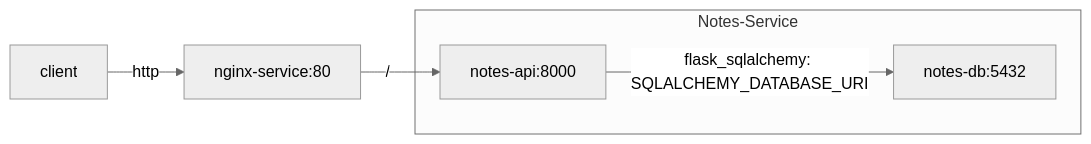
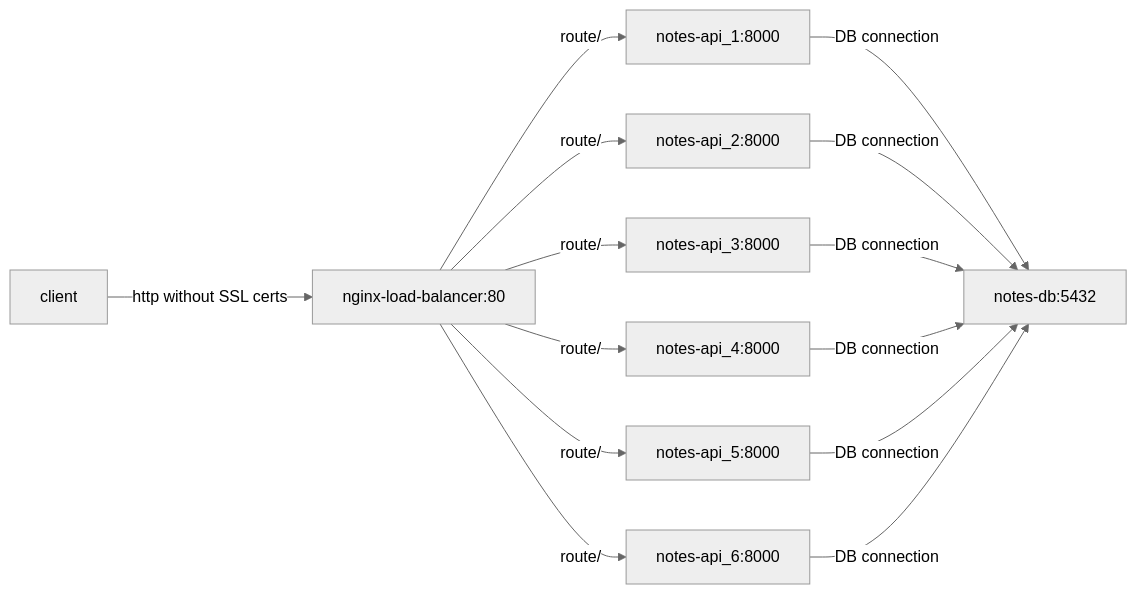
One commit to karthikeyanrathore/nginx-notes-test changed the diagram in readme.md. Above: the diagram before and after it, drawn with Mermaid (neutral theme). The commit also changed 4 other files, not shown here.

````diff
--- a/readme.md
+++ b/readme.md
@@ -23,12 +23,18 @@
 ```mermaid
 graph LR
 
-subgraph Notes-Service
-  notes-api:8000
-  notes-db:5432
-end
+client -->|"http without SSL certs"| nginx-load-balancer:80 
+nginx-load-balancer:80 --> |"route/" | notes-api_1:8000
+nginx-load-balancer:80 --> |"route/" | notes-api_2:8000
+nginx-load-balancer:80 --> |"route/" | notes-api_3:8000
+nginx-load-balancer:80 --> |"route/" | notes-api_4:8000
+nginx-load-balancer:80 --> |"route/" | notes-api_5:8000
+nginx-load-balancer:80 --> |"route/" | notes-api_6:8000
 
-client -->|"http"| nginx-service:80 
-nginx-service:80 --> |"/" | notes-api:8000
-notes-api:8000 --> |"flask_sqlalchemy: SQLALCHEMY_DATABASE_URI" | notes-db:5432
+notes-api_1:8000 --> |"DB connection" | notes-db:5432
+notes-api_2:8000 --> |"DB connection" | notes-db:5432
+notes-api_3:8000 --> |"DB connection" | notes-db:5432
+notes-api_4:8000 --> |"DB connection" | notes-db:5432
+notes-api_5:8000 --> |"DB connection" | notes-db:5432
+notes-api_6:8000 --> |"DB connection" | notes-db:5432
 ```
````
